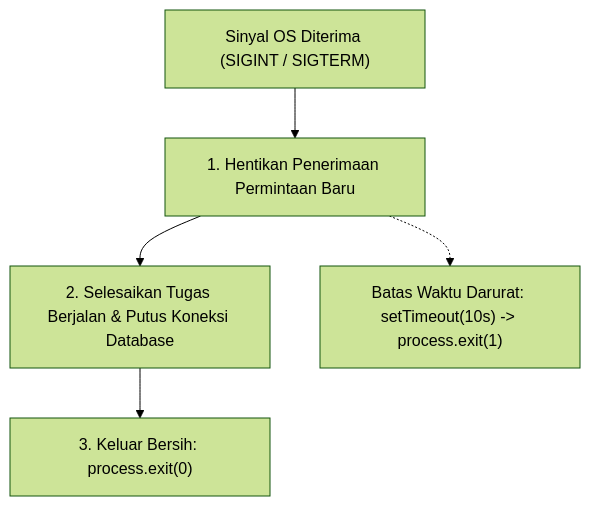
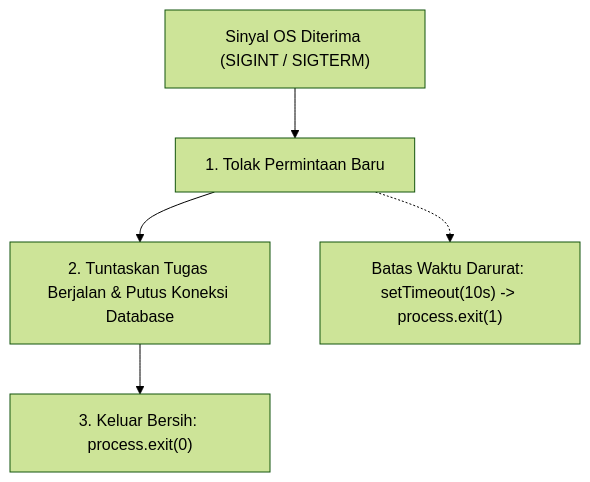
The diagram in 01-core-modules/03-process/README.md (san4byte/nodejs-handbook), drawn with Mermaid (forest theme) before and after one commit. The commit also changed other lines of this file and 64 other files, not shown here.

````diff
--- a/01-core-modules/03-process/README.md
+++ b/01-core-modules/03-process/README.md
@@ -24,7 +25,7 @@
 ```mermaid
 flowchart TD
-    SIG["Sinyal OS Diterima (SIGINT / SIGTERM)"] --> STOP["1. Hentikan Penerimaan Permintaan Baru"]
-    STOP --> DRAIN["2. Selesaikan Tugas Berjalan & Putus Koneksi Database"]
+    SIG["Sinyal OS Diterima (SIGINT / SIGTERM)"] --> STOP["1. Tolak Permintaan Baru"]
+    STOP --> DRAIN["2. Tuntaskan Tugas Berjalan & Putus Koneksi Database"]
     DRAIN --> EXIT0["3. Keluar Bersih: process.exit(0)"]
     STOP -.-> TIMEOUT["Batas Waktu Darurat: setTimeout(10s) -> process.exit(1)"]
 ```
````
